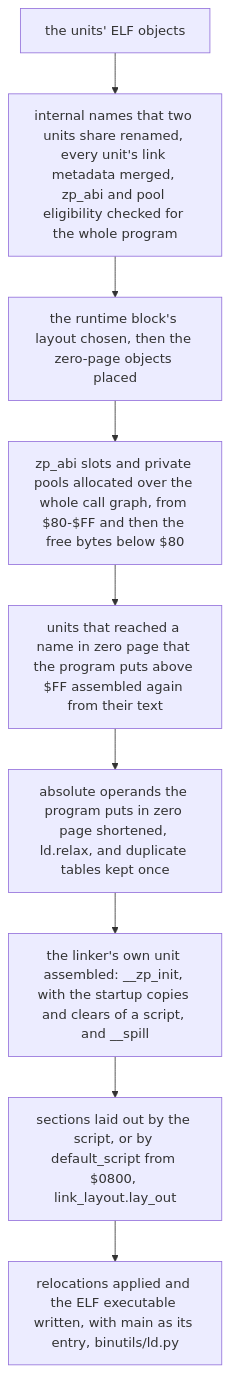
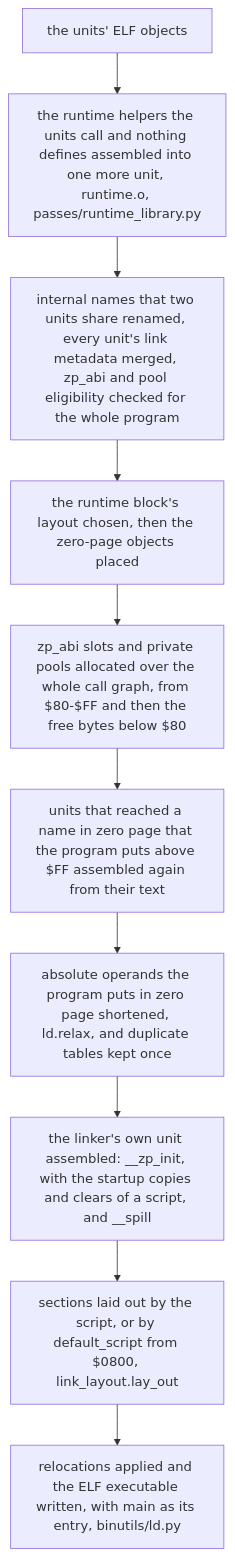
Before and after one commit to XekriRedmane/c6502: the second of 2 diagrams in docs/architecture.md, drawn with Mermaid. The commit also changed other lines of this file and 22 other files, not shown here.

First line of the commit message:
Links the runtime helpers a program calls

````diff
--- a/docs/architecture.md
+++ b/docs/architecture.md
@@ -326,13 +328,14 @@
 ```mermaid
 flowchart TD
     objs["the units' ELF objects"]
+    lib["the runtime helpers the units call and nothing defines assembled into one more unit, runtime.o, passes/runtime_library.py"]
     names["internal names that two units share renamed, every unit's link metadata merged, zp_abi and pool eligibility checked for the whole program"]
     zp["the runtime block's layout chosen, then the zero-page objects placed"]
     slots["zp_abi slots and private pools allocated over the whole call graph, from $80-$FF and then the free bytes below $80"]
     asm["units that reached a name in zero page that the program puts above $FF assembled again from their text"]
     relax["absolute operands the program puts in zero page shortened, ld.relax, and duplicate tables kept once"]
     own["the linker's own unit assembled: __zp_init, with the startup copies and clears of a script, and __spill"]
     lay["sections laid out by the script, or by default_script from $0800, link_layout.lay_out"]
     exe["relocations applied and the ELF executable written, with main as its entry, binutils/ld.py"]
-    objs --> names --> zp --> slots --> asm --> relax --> own --> lay --> exe
+    objs --> lib --> names --> zp --> slots --> asm --> relax --> own --> lay --> exe
 ```
````
